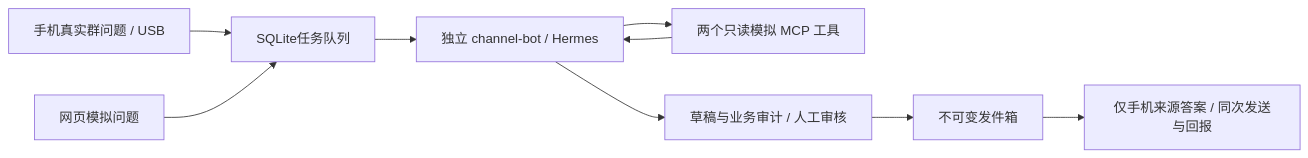
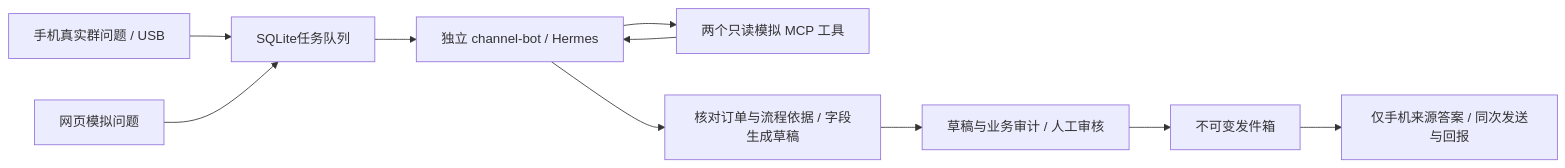
The diagram in backend/README.md (chenhaitao888/wechat-android-poc), drawn with Mermaid before and after one commit. The commit also changed other lines of this file and 12 other files, not shown here.

````diff
--- a/backend/README.md
+++ b/backend/README.md
@@ -5,11 +5,12 @@
 ```mermaid
 flowchart LR
   P[手机真实群问题 / USB] --> S[SQLite任务队列]
   Q[网页模拟问题] --> S
   S --> H[独立 channel-bot / Hermes]
   H --> M[两个只读模拟 MCP 工具]
   M --> H
-  H --> R[草稿与业务审计 / 人工审核]
+  H --> V[核对订单与流程依据 / 字段生成草稿]
+  V --> R[草稿与业务审计 / 人工审核]
   R --> O[不可变发件箱]
   O --> D[仅手机来源答案 / 同次发送与回报]
 ```
````
